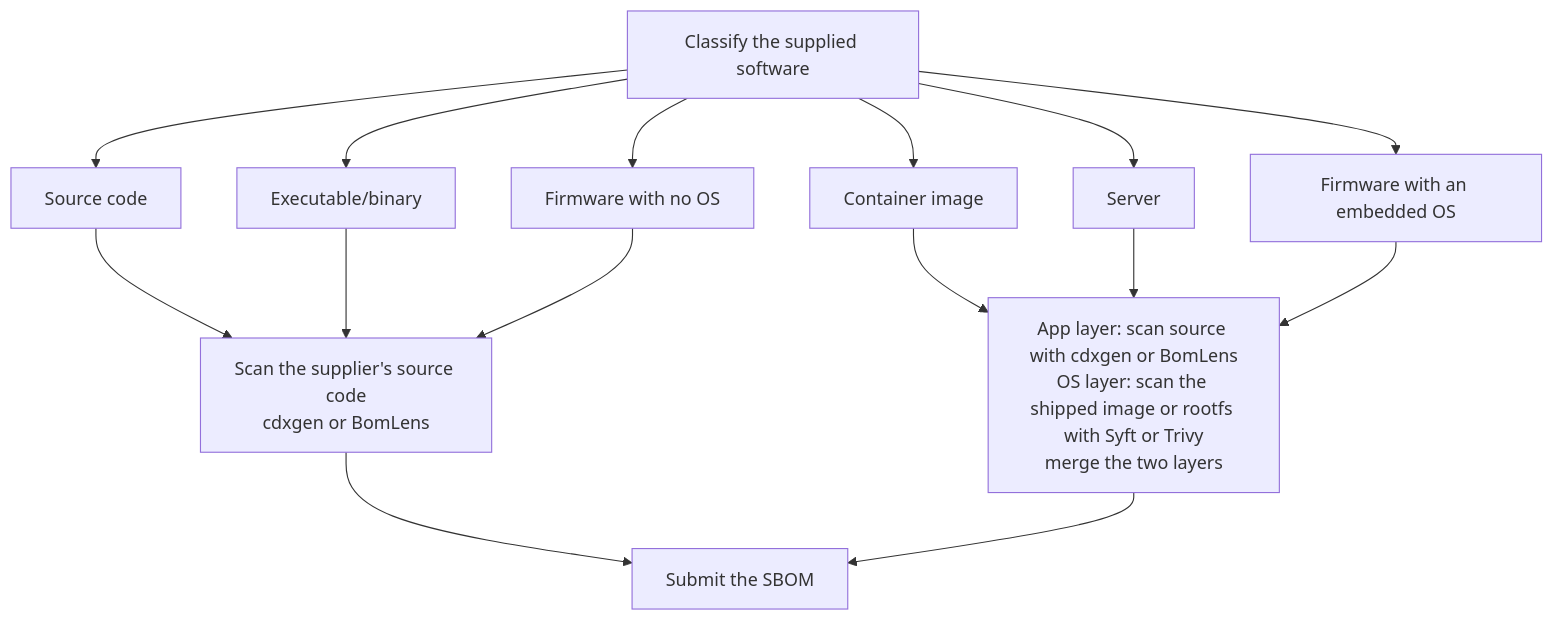
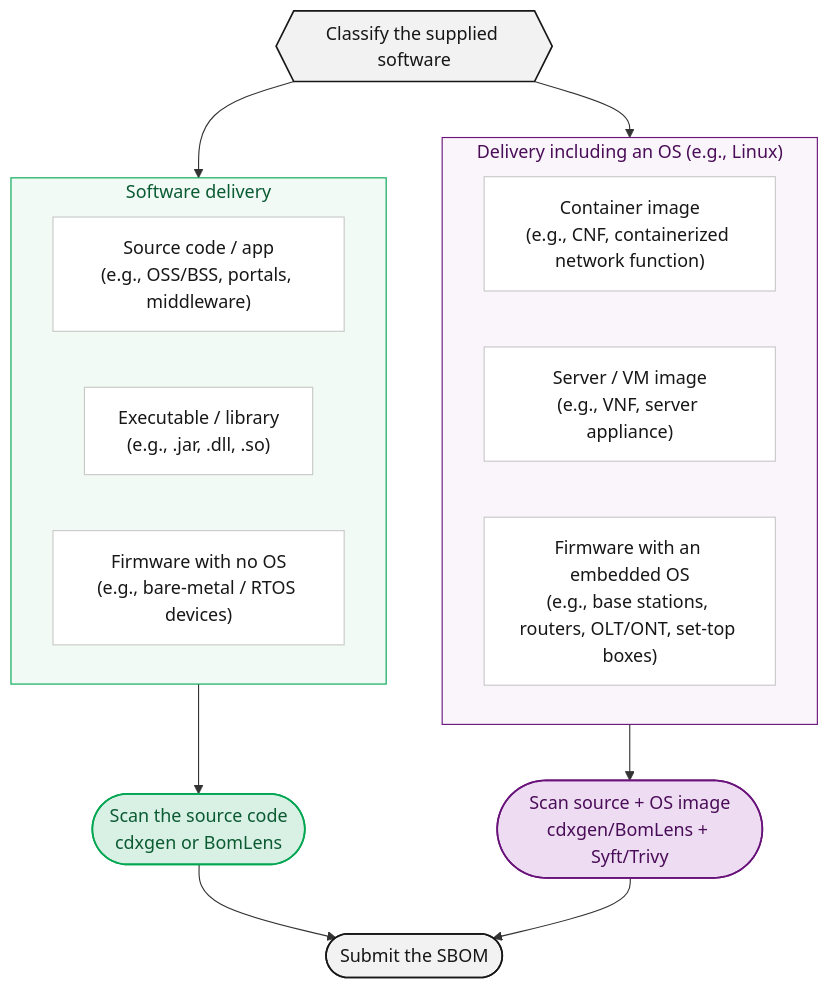
The diagram in content/en/guide/supply-chain/for-suppliers/creation-guide/_index.md (sktelecom/sktelecom.github.io), drawn with Mermaid before and after one commit. The commit also changed 9 other files, not shown here.

Commit message:
docs(supply-chain): restyle guide diagrams with grouped zones and a consistent SK palette

````diff
--- a/content/en/guide/supply-chain/for-suppliers/creation-guide/_index.md
+++ b/content/en/guide/supply-chain/for-suppliers/creation-guide/_index.md
@@ -14,17 +14,40 @@
 ```mermaid
 graph TD
-    A[Classify the supplied software] --> T1[Source code]
-    A --> T2[Executable/binary]
-    A --> T3[Firmware with no OS]
-    A --> T4[Container image]
-    A --> T5[Server]
-    A --> T6[Firmware with an embedded OS]
-    T1 --> M1[Scan the supplier's source code<br>cdxgen or BomLens]
-    T2 --> M1
-    T3 --> M1
-    T4 --> M2[App layer: scan source with cdxgen or BomLens<br>OS layer: scan the shipped image or rootfs with Syft or Trivy<br>merge the two layers]
-    T5 --> M2
-    T6 --> M2
-    M1 --> P[Submit the SBOM]
+    A{{"Classify the supplied software"}}
+
+    subgraph G1["Software delivery"]
+      direction LR
+      T1["Source code / app<br>(e.g., OSS/BSS, portals, middleware)"]
+      T2["Executable / library<br>(e.g., .jar, .dll, .so)"]
+      T3["Firmware with no OS<br>(e.g., bare-metal / RTOS devices)"]
+    end
+
+    subgraph G2["Delivery including an OS (e.g., Linux)"]
+      direction LR
+      T4["Container image<br>(e.g., CNF, containerized network function)"]
+      T5["Server / VM image<br>(e.g., VNF, server appliance)"]
+      T6["Firmware with an embedded OS<br>(e.g., base stations, routers, OLT/ONT, set-top boxes)"]
+    end
+
+    A --> G1
+    A --> G2
+    G1 --> M1(["Scan the source code<br>cdxgen or BomLens"])
+    G2 --> M2(["Scan source + OS image<br>cdxgen/BomLens + Syft/Trivy"])
+    M1 --> P(["Submit the SBOM"])
     M2 --> P
+
+    classDef start fill:#F2F2F2,stroke:#171717,color:#171717,stroke-width:1.5px
+    classDef typebox fill:#ffffff,stroke:#c8c8c8,color:#171717,stroke-width:1px
+    classDef source fill:#D9F0E4,stroke:#00A651,color:#0A5A32,stroke-width:1.5px
+    classDef osmerge fill:#EEDCF3,stroke:#68127A,color:#4A0D57,stroke-width:1.5px
+    classDef submit fill:#F2F2F2,stroke:#171717,color:#171717,stroke-width:1.5px
+
+    class A start
+    class T1,T2,T3,T4,T5,T6 typebox
+    class M1 source
+    class M2 osmerge
+    class P submit
+
+    style G1 fill:#F1FAF5,stroke:#00A651,stroke-width:1px,color:#0A5A32
+    style G2 fill:#FAF4FB,stroke:#68127A,stroke-width:1px,color:#4A0D57
 ```
````
